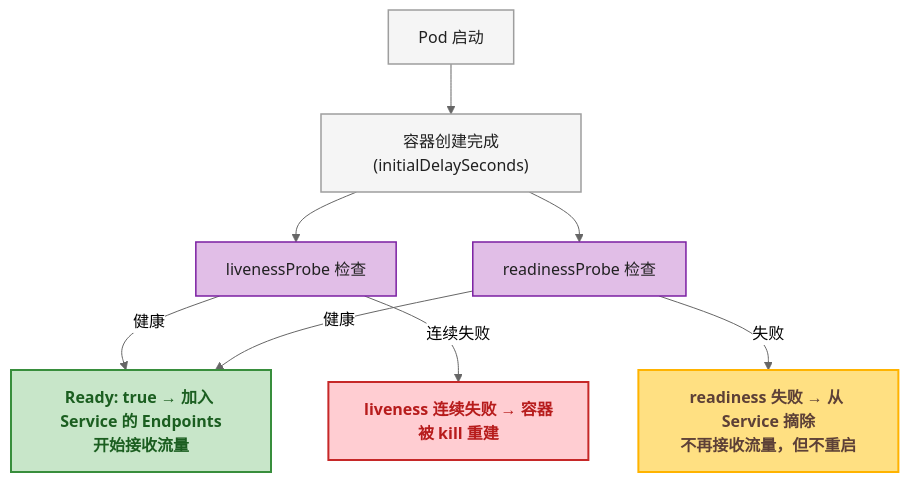
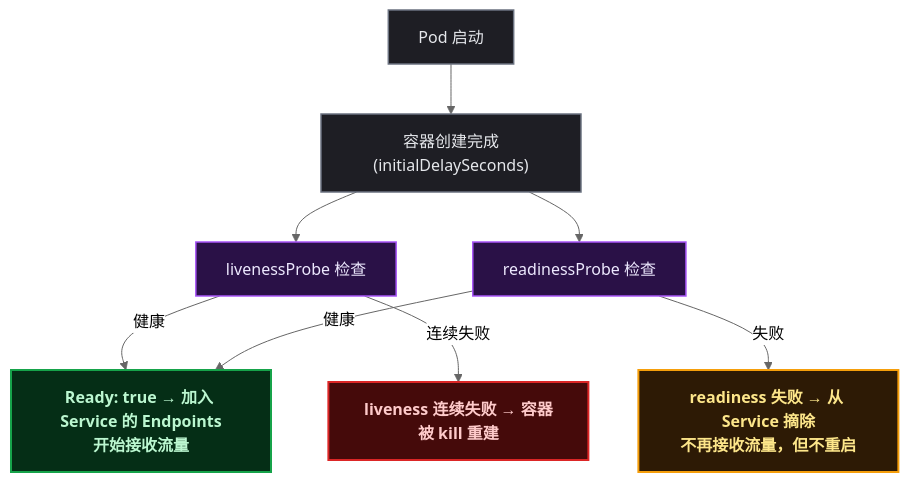
The second of 3 diagrams in content/posts/kubernetes/FirstK8sApplication.md (yaocat55/yaocat55.github.io), drawn with Mermaid (neutral theme) before and after one commit. The commit also changed other lines of this file and 155 other files, not shown here.

````diff
--- a/content/posts/kubernetes/FirstK8sApplication.md
+++ b/content/posts/kubernetes/FirstK8sApplication.md
@@ -385,33 +385,33 @@
 ```mermaid
 flowchart TD
   START["Pod 启动"]
   INIT["容器创建完成&#xa(initialDelaySeconds)"]
   LIVENESS["livenessProbe 检查"]
   READINESS["readinessProbe 检查"]
   READY["Ready: true → 加入 Service 的 Endpoints&#xa开始接收流量"]
   DEAD["liveness 连续失败 → 容器被 kill 重建"]
   NOT_READY["readiness 失败 → 从 Service 摘除&#xa不再接收流量，但不重启"]
 
   START --> INIT
   INIT --> LIVENESS
   INIT --> READINESS
   LIVENESS -->|"健康"| READY
   LIVENESS -->|"连续失败"| DEAD
   READINESS -->|"健康"| READY
   READINESS -->|"失败"| NOT_READY
 
-  classDef start fill:#F5F5F5,stroke:#9E9E9E,stroke-width:1.5px,color:#212121
+classDef start fill:#1e1e24,stroke:#6b7280,stroke-width:1.5px,color:#e5e7eb;
   class START,INIT start
 
-  classDef ok fill:#C8E6C9,stroke:#388E3C,stroke-width:2px,color:#1B5E20,font-weight:bold
+classDef ok fill:#052e16,stroke:#16a34a,stroke-width:2px,color:#bbf7d0,font-weight:bold;
   class READY ok
 
-  classDef bad fill:#FFCDD2,stroke:#C62828,stroke-width:2px,color:#B71C1C,font-weight:bold
+classDef bad fill:#450a0a,stroke:#dc2626,stroke-width:2px,color:#fecaca,font-weight:bold;
   class DEAD bad
 
-  classDef warn fill:#FFE082,stroke:#FFB300,stroke-width:2px,color:#5D4037,font-weight:bold
+classDef warn fill:#2d1a05,stroke:#f59e0b,stroke-width:2px,color:#fde68a,font-weight:bold;
   class NOT_READY warn
 
-  classDef probe fill:#E1BEE7,stroke:#7B1FA2,stroke-width:1.5px,color:#212121
+classDef probe fill:#2a1147,stroke:#a855f7,stroke-width:1.5px,color:#ede9fe;
   class LIVENESS,READINESS probe
 ```
````
